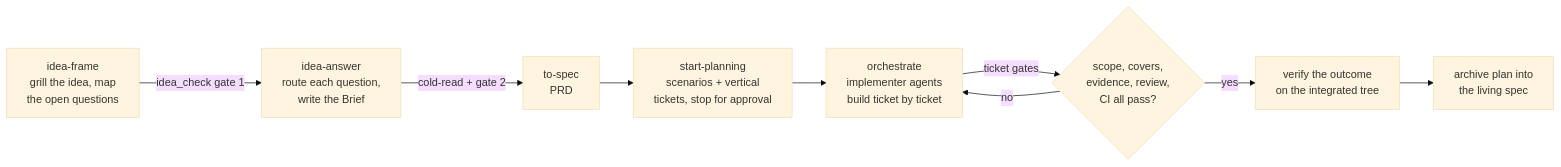
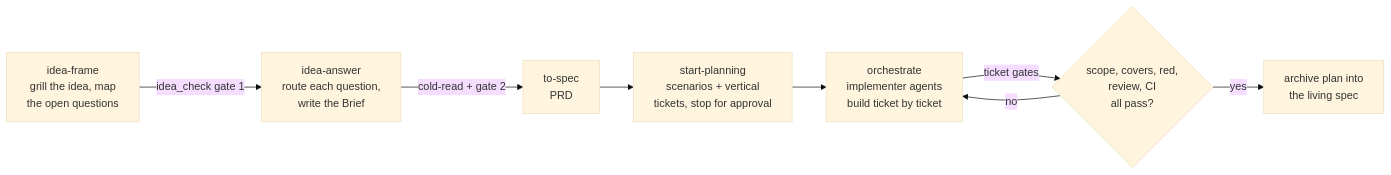
The diagram in README.md (FBisca/agent-skills), drawn with Mermaid (base theme) before and after one commit. The commit also changed other lines of this file and 19 other files, not shown here.

First line of the commit message:
refactor(skills): plans declare scenarios and tickets; the ticket's tests are the evidence (#86)

````diff
--- a/README.md
+++ b/README.md
@@ -11,11 +11,10 @@
 ```mermaid
 flowchart LR
     A["idea-frame<br/>grill the idea, map<br/>the open questions"] -->|idea_check gate 1| B["idea-answer<br/>route each question,<br/>write the Brief"]
     B -->|cold-read + gate 2| C["to-spec<br/>PRD"]
     C --> D["start-planning<br/>scenarios + vertical<br/>tickets, stop for approval"]
     D --> E["orchestrate<br/>implementer agents<br/>build ticket by ticket"]
-    E -->|ticket gates| F{"scope, covers,<br/>evidence, review,<br/>CI all pass?"}
+    E -->|ticket gates| F{"scope, covers, red,<br/>review, CI<br/>all pass?"}
     F -->|no| E
-    F -->|yes| H["verify the outcome<br/>on the integrated tree"]
-    H --> G["archive plan into<br/>the living spec"]
+    F -->|yes| G["archive plan into<br/>the living spec"]
 ```
````
